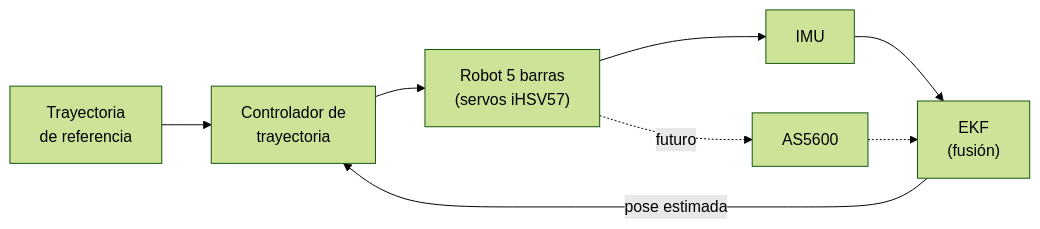
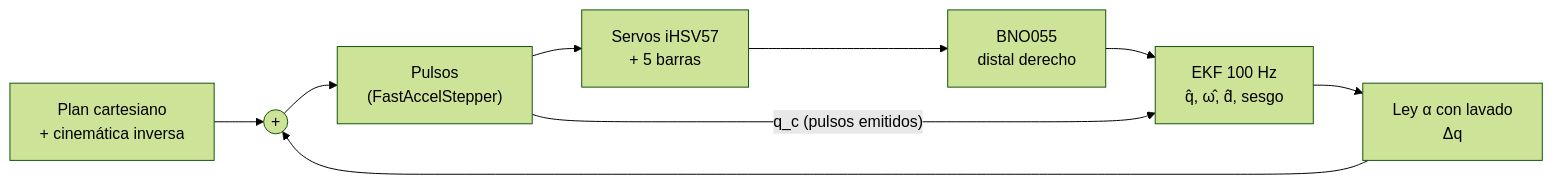
Before and after one commit to Luna-stack133/Robot-5-barras: the diagram in docs/03-control.md, drawn with Mermaid (forest theme). The commit also changed other lines of this file and 92 other files, not shown here.

````diff
--- a/docs/03-control.md
+++ b/docs/03-control.md
@@ -90,10 +75,10 @@
 ```mermaid
 flowchart LR
-    TRAJ["Trayectoria<br/>de referencia"] --> CTRL["Controlador de<br/>trayectoria"]
-    CTRL --> ROBOT["Robot 5 barras<br/>(servos iHSV57)"]
-    ROBOT --> IMU["IMU"]
-    ROBOT -. futuro .-> ENC["AS5600"]
-    IMU --> EKF["EKF<br/>(fusión)"]
-    ENC -.-> EKF
-    EKF -- "pose estimada" --> CTRL
+    TRAJ["Plan cartesiano<br/>+ cinemática inversa"] --> SUM(("+"))
+    SUM --> PUL["Pulsos<br/>(FastAccelStepper)"] --> ROBOT["Servos iHSV57<br/>+ 5 barras"]
+    ROBOT --> IMU["BNO055<br/>distal derecho"]
+    IMU --> EKF["EKF 100 Hz<br/>q̂, ω̂, d̂, sesgo"]
+    PUL -- "q_c (pulsos emitidos)" --> EKF
+    EKF --> LEY["Ley α con lavado<br/>Δq"]
+    LEY --> SUM
 ```
````
